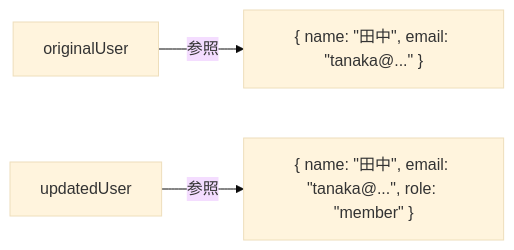
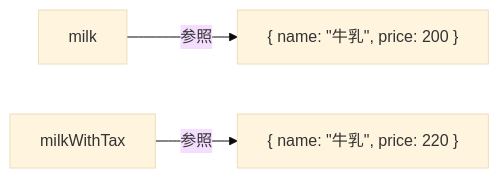
The fourth of 6 diagrams in docs/drafts/008/index.md (ozaki25/web-front-training-ozaki25), drawn with Mermaid (base theme) before and after one commit. The commit also changed other lines of this file, not shown here.

````diff
--- a/docs/drafts/008/index.md
+++ b/docs/drafts/008/index.md
@@ -139,5 +141,5 @@
 ```mermaid
 flowchart LR
-  orig["originalUser"] -->|参照| obj1["{ name: &quot;田中&quot;, email: &quot;tanaka@...&quot; }"]
-  updated["updatedUser"] -->|参照| obj2["{ name: &quot;田中&quot;, email: &quot;tanaka@...&quot;, role: &quot;member&quot; }"]
+  milk["milk"] -->|参照| obj1["{ name: &quot;牛乳&quot;, price: 200 }"]
+  withTax["milkWithTax"] -->|参照| obj2["{ name: &quot;牛乳&quot;, price: 220 }"]
 ```
````
